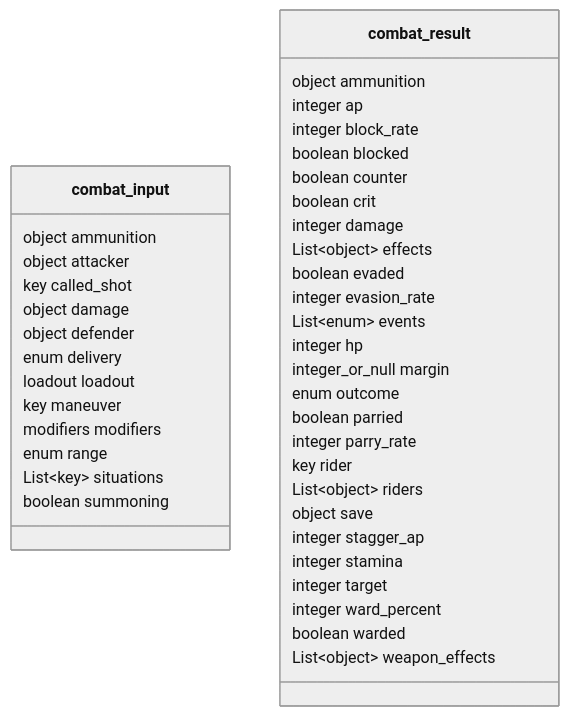
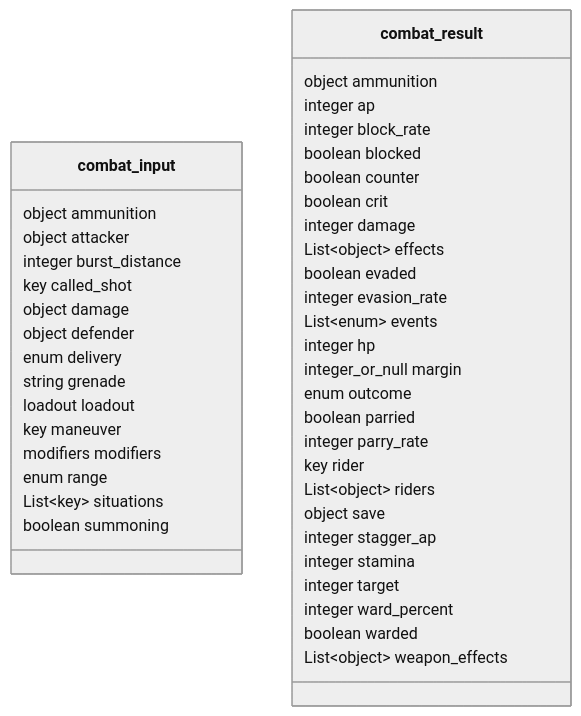
The tenth of 32 diagrams in docs/backend/contract-diagram.md (SETA1609/riftweave-core), drawn with Mermaid (neutral theme) before and after one commit. The commit also changed 8 other files, not shown here.

````diff
--- a/docs/backend/contract-diagram.md
+++ b/docs/backend/contract-diagram.md
@@ -354,44 +354,46 @@
 ```mermaid
 classDiagram
     class combat_input {
         object ammunition
         object attacker
+        integer burst_distance
         key called_shot
         object damage
         object defender
         enum delivery
+        string grenade
         loadout loadout
         key maneuver
         modifiers modifiers
         enum range
         List~key~ situations
         boolean summoning
     }
     class combat_result {
         object ammunition
         integer ap
         integer block_rate
         boolean blocked
         boolean counter
         boolean crit
         integer damage
         List~object~ effects
         boolean evaded
         integer evasion_rate
         List~enum~ events
         integer hp
         integer_or_null margin
         enum outcome
         boolean parried
         integer parry_rate
         key rider
         List~object~ riders
         object save
         integer stagger_ap
         integer stamina
         integer target
         integer ward_percent
         boolean warded
         List~object~ weapon_effects
     }
 ```
````
